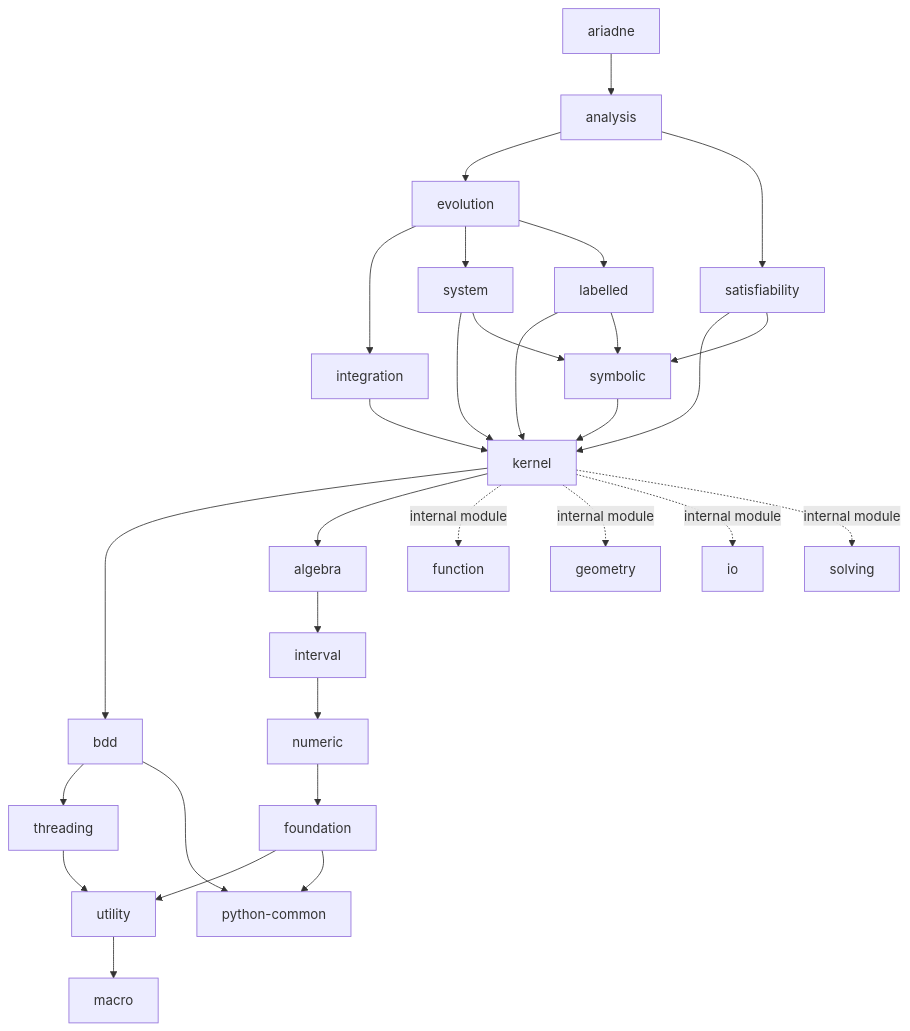
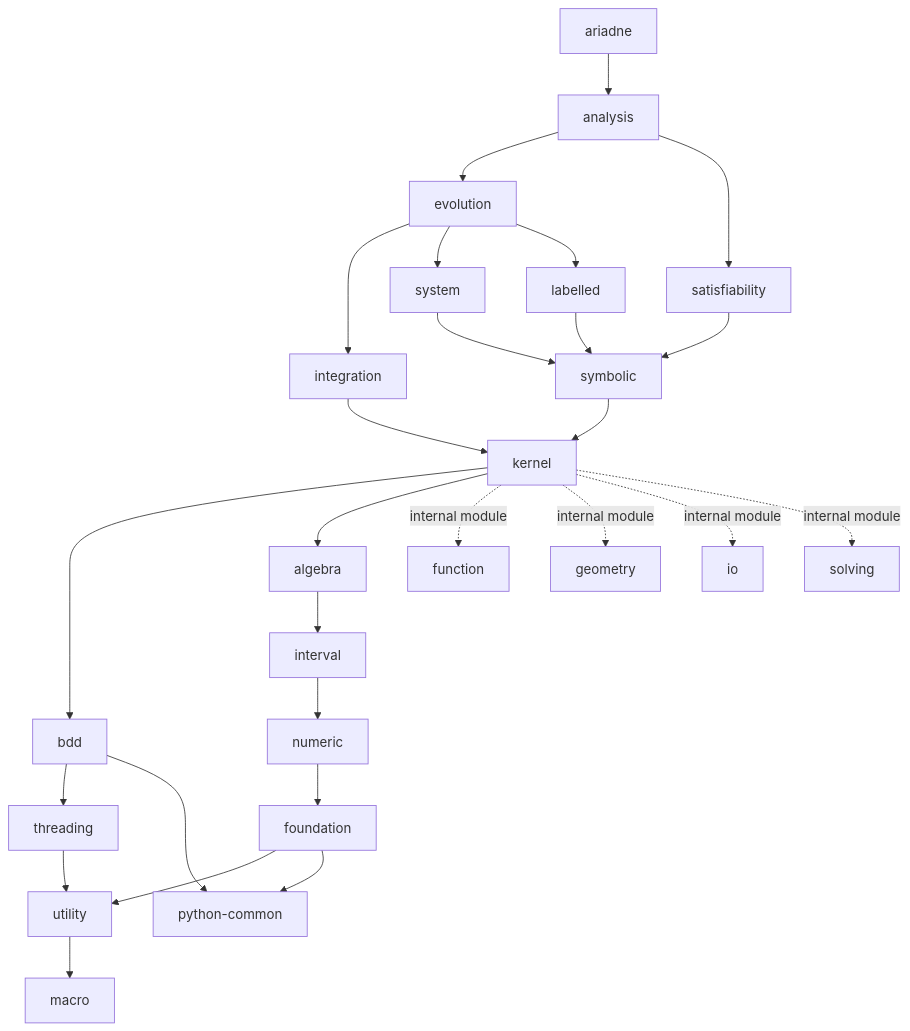
The diagram in doc/decoupling/structure.md (ariadne-cps/ariadne), drawn with Mermaid before and after one commit. The commit also changed other lines of this file, not shown here.

Commit message:
Simplify transitive kernel dependencies

````diff
--- a/doc/decoupling/structure.md
+++ b/doc/decoupling/structure.md
@@ -35,45 +35,42 @@
 ```mermaid
 graph TD
     ariadne --> analysis
 
     analysis --> evolution
     analysis --> satisfiability
 
     evolution --> integration
     evolution --> system
     evolution --> labelled
 
     integration --> kernel
 
-    system --> kernel
     system --> symbolic
 
-    satisfiability --> kernel
     satisfiability --> symbolic
 
-    labelled --> kernel
     labelled --> symbolic
 
     symbolic --> kernel
 
     kernel --> bdd
     kernel --> algebra
 
     kernel -. internal module .-> function
     kernel -. internal module .-> geometry
     kernel -. internal module .-> io
     kernel -. internal module .-> solving
 
     bdd --> threading
     bdd --> python_common["python-common"]
 
     threading --> utility
     utility --> macro
 
     algebra --> interval
     interval --> numeric
     numeric --> foundation
 
     foundation --> utility
     foundation --> python_common
 ```
````
